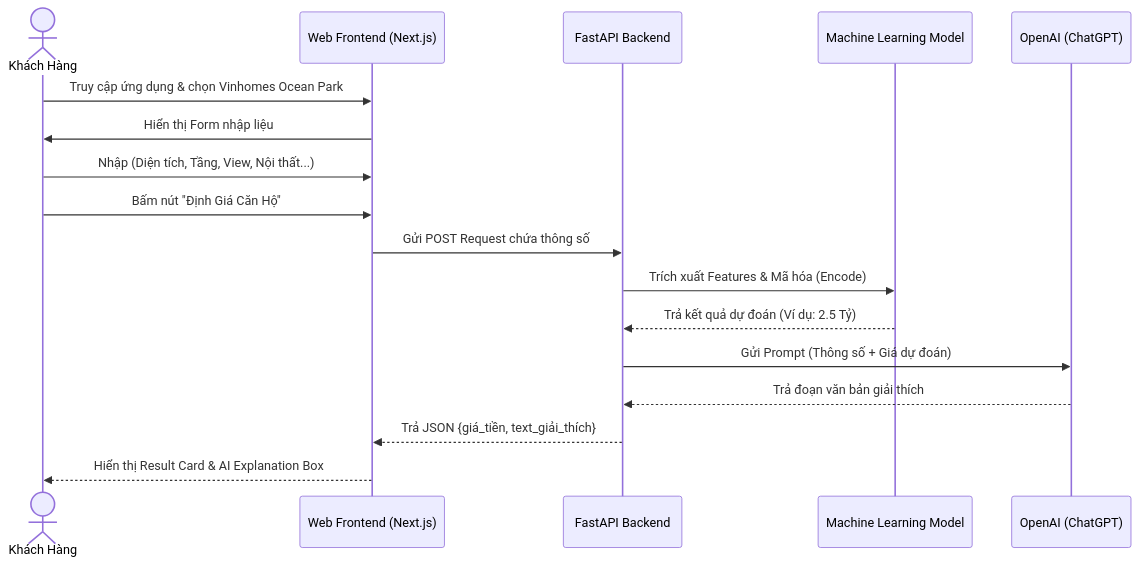
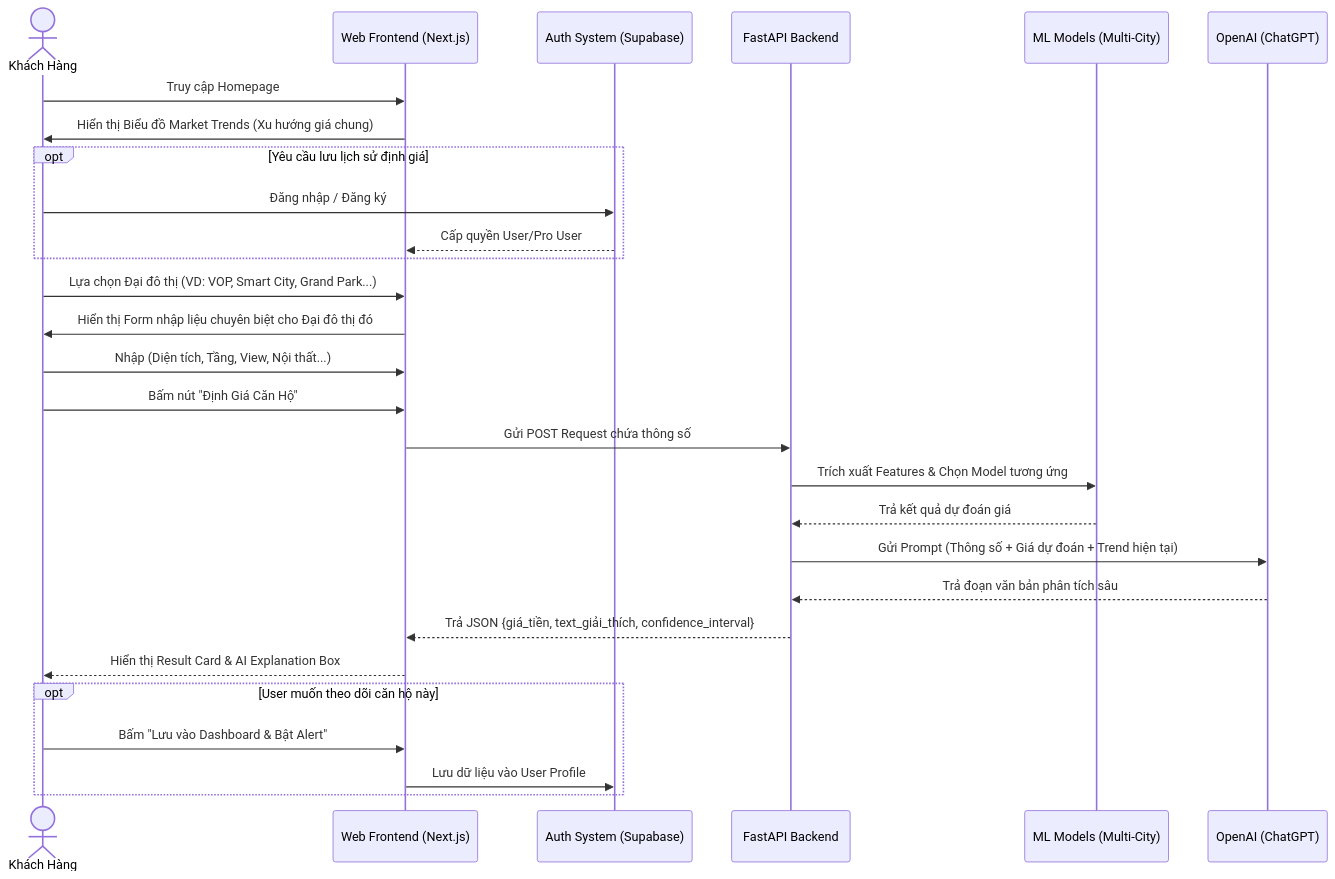
The diagram in docs/3_UI_Flow_Wireframe.md (dangbach3107/132-RealEstate-BuildPhase), drawn with Mermaid before and after one commit. The commit also changed other lines of this file, not shown here.

Commit message:
Update UI Flow to cover full project scope

````diff
--- a/docs/3_UI_Flow_Wireframe.md
+++ b/docs/3_UI_Flow_Wireframe.md
@@ -15,20 +11,37 @@
 ```mermaid
 sequenceDiagram
     actor User as Khách Hàng
     participant UI as Web Frontend (Next.js)
+    participant Auth as Auth System (Supabase)
     participant API as FastAPI Backend
-    participant ML as Machine Learning Model
+    participant ML as ML Models (Multi-City)
     participant LLM as OpenAI (ChatGPT)
 
-    User->>UI: Truy cập ứng dụng & chọn Vinhomes Ocean Park
-    UI->>User: Hiển thị Form nhập liệu
+    User->>UI: Truy cập Homepage
+    UI->>User: Hiển thị Biểu đồ Market Trends (Xu hướng giá chung)
+    
+    opt Yêu cầu lưu lịch sử định giá
+        User->>Auth: Đăng nhập / Đăng ký
+        Auth-->>UI: Cấp quyền User/Pro User
+    end
+
+    User->>UI: Lựa chọn Đại đô thị (VD: VOP, Smart City, Grand Park...)
+    UI->>User: Hiển thị Form nhập liệu chuyên biệt cho Đại đô thị đó
+    
     User->>UI: Nhập (Diện tích, Tầng, View, Nội thất...)
     User->>UI: Bấm nút "Định Giá Căn Hộ"
     UI->>API: Gửi POST Request chứa thông số
-    API->>ML: Trích xuất Features & Mã hóa (Encode)
-    ML-->>API: Trả kết quả dự đoán (Ví dụ: 2.5 Tỷ)
-    API->>LLM: Gửi Prompt (Thông số + Giá dự đoán)
-    LLM-->>API: Trả đoạn văn bản giải thích
-    API-->>UI: Trả JSON {giá_tiền, text_giải_thích}
+    
+    API->>ML: Trích xuất Features & Chọn Model tương ứng
+    ML-->>API: Trả kết quả dự đoán giá
+    API->>LLM: Gửi Prompt (Thông số + Giá dự đoán + Trend hiện tại)
+    LLM-->>API: Trả đoạn văn bản phân tích sâu
+    
+    API-->>UI: Trả JSON {giá_tiền, text_giải_thích, confidence_interval}
     UI-->>User: Hiển thị Result Card & AI Explanation Box
+    
+    opt User muốn theo dõi căn hộ này
+        User->>UI: Bấm "Lưu vào Dashboard & Bật Alert"
+        UI->>Auth: Lưu dữ liệu vào User Profile
+    end
 ```
````
